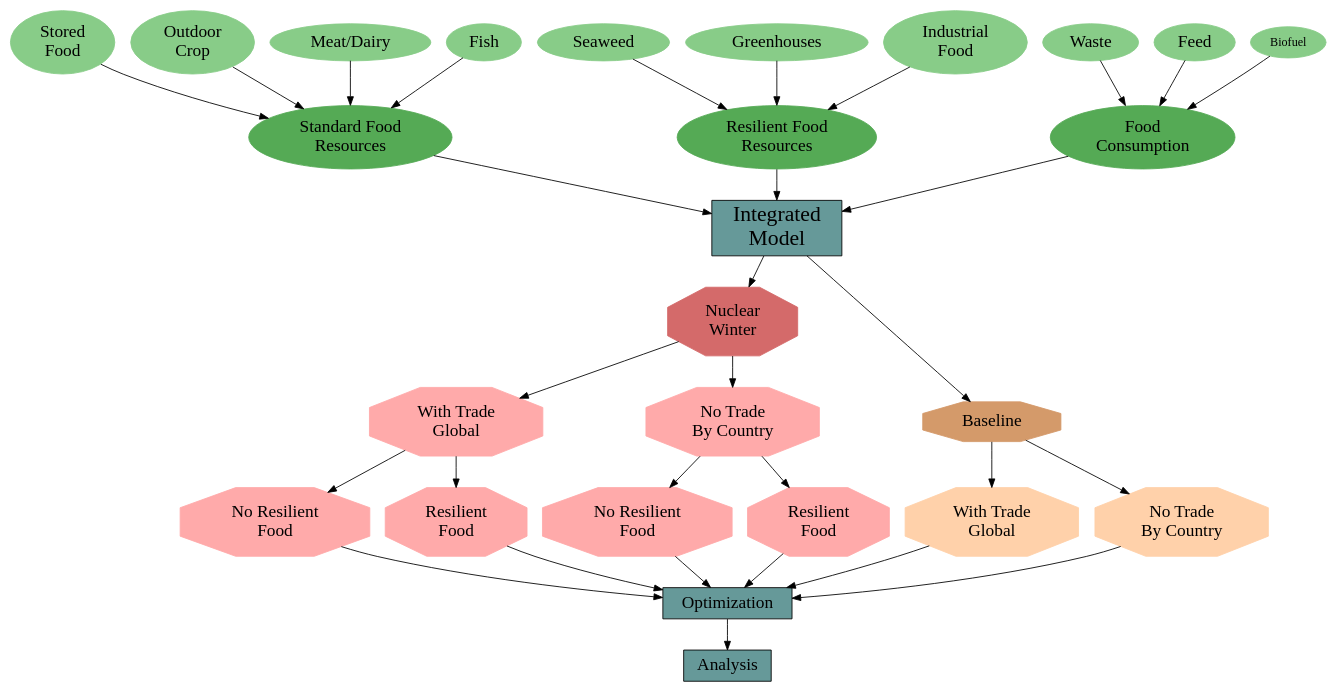
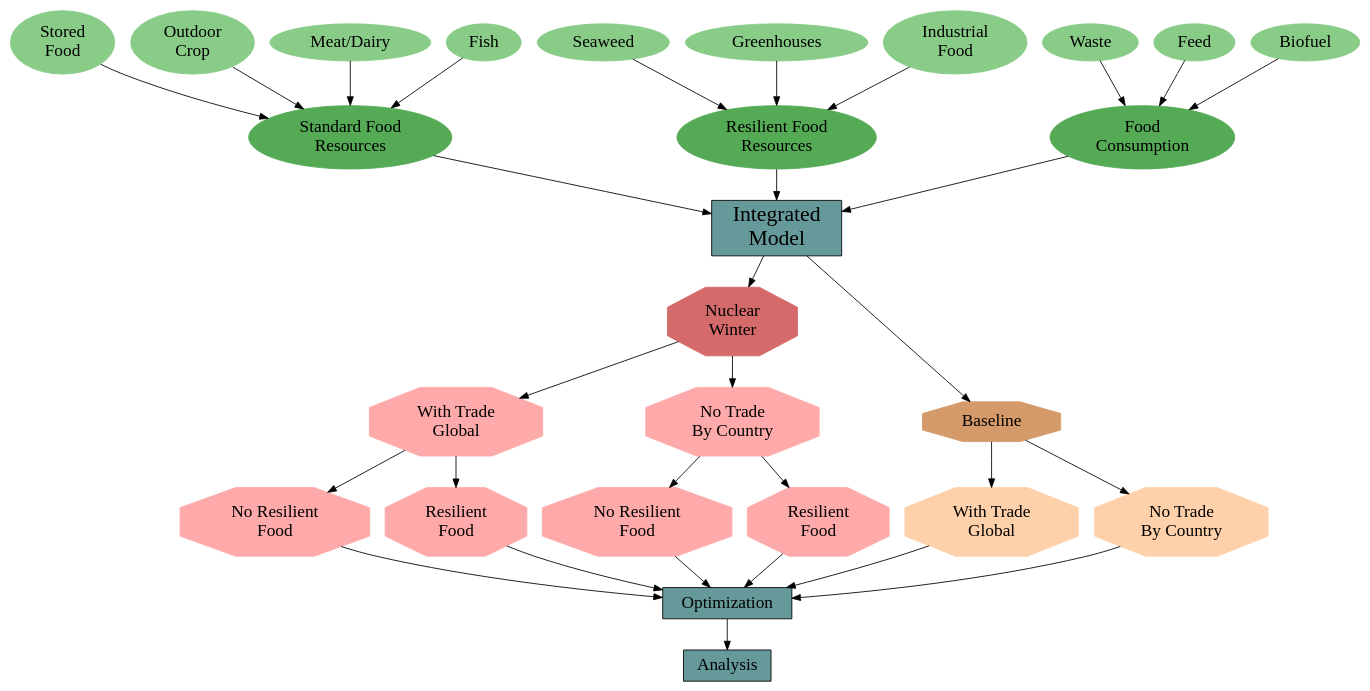
Before and after one commit to allfed/allfed-integrated-model: the diagram in results/Figure_4/overview.dot, drawn with Graphviz. The commit also changed 5 other files, not shown here.

```diff
--- a/results/Figure_4/overview.dot
+++ b/results/Figure_4/overview.dot
@@ -1,84 +1,84 @@
 digraph ModelOverview{
     // Food Consumption during normal times
     norm_consumption [label="Food\nConsumption", fontsize=20, style="filled",color="#55AA55"];
     Waste[style="filled", color="#88CC88",fontsize=20]
     Waste -> norm_consumption;
     Feed[style="filled", color="#88CC88",fontsize=20]
     Feed -> norm_consumption;
-    Biofuel[style="filled", color="#88CC88"]
+    Biofuel[style="filled", color="#88CC88", fontsize=20]
     Biofuel -> norm_consumption;
 
     // Food Ressources during Standard Times
     std_resources [label="Standard Food\nResources", style="filled",fontsize=20,color="#55AA55"];
     stored_food [label="Stored\nFood",style="filled", fontsize=20,color="#88CC88"];
     outdoor_crop [label="Outdoor\nCrop",style="filled",fontsize=20, color="#88CC88"];
     meat [label="Meat/Dairy",style="filled", fontsize=20,color="#88CC88"];
     Fish [style="filled",fontsize=20, color="#88CC88"]
     stored_food -> std_resources;
     outdoor_crop -> std_resources;
     meat -> std_resources;
     Fish -> std_resources;
 
     // Resilient Foods
     res_resources [label="Resilient Food\nResources", style="filled",fontsize=20,color="#55AA55"];
     Seaweed[style="filled",fontsize=20, color="#88CC88"]
     Seaweed -> res_resources;
     Greenhouses[style="filled",fontsize=20, color="#88CC88"]
     Greenhouses -> res_resources;
     industrial_food [label="Industrial\nFood",style="filled",fontsize=20, color="#88CC88"];
     industrial_food -> res_resources;
 
     // Link foods to the model
     model [label="Integrated\nModel", fontsize=25,shape=box, style="filled", fillcolor="#669999"];
     norm_consumption -> model;
     std_resources -> model;
     res_resources -> model;
 
     // Create base scenarios
     nw [label="Nuclear\nWinter", shape=octagon, color="#D46A6A",fontsize=20, style="filled"];
     Baseline [label="Baseline", shape=octagon, color="#D49A6A",fontsize=20, style="filled"];
     model -> Baseline;
     model -> nw;
 
     // Create 150 tg scenarios
     nw_trade [label="With Trade\nGlobal", shape=octagon, color="#FFAAAA", fontsize=20,style="filled"];
     nw_no_trade [label="No Trade\nBy Country", shape=octagon, color="#FFAAAA",fontsize=20, style="filled"];
     nw -> nw_trade;
     nw -> nw_no_trade;
 
     nw_trade_no_res_food [label="No Resilient\nFood", shape=octagon,fontsize=20, color="#FFAAAA", style="filled"];
     nw_trade_res_food [label="Resilient\nFood", shape=octagon, fontsize=20,color="#FFAAAA", style="filled"];
     nw_no_trade_no_res_food [label="No Resilient\nFood",fontsize=20, shape=octagon, color="#FFAAAA", style="filled"];
     nw_no_trade_res_food [label="Resilient\nFood", shape=octagon,fontsize=20, color="#FFAAAA", style="filled"];
     nw_trade -> nw_trade_no_res_food;
     nw_trade -> nw_trade_res_food;
     nw_no_trade -> nw_no_trade_no_res_food;
     nw_no_trade -> nw_no_trade_res_food;
 
 
     // Create baseline scenarios
     Baseline_trade [label="With Trade\nGlobal", fontsize=20,shape=octagon, color="#FFD1AA", style="filled"];
     Baseline_no_trade [label="No Trade\nBy Country",fontsize=20, shape=octagon, color="#FFD1AA", style="filled"];
     Baseline -> Baseline_trade;
     Baseline -> Baseline_no_trade;
 
 
     // Link to optomization and analysis
     opt [label="Optimization", shape=box, style="filled", fontsize=20,fillcolor="#669999"];
     Baseline_trade -> opt;
     Baseline_no_trade -> opt;
     nw_trade_no_res_food -> opt;
     nw_trade_res_food -> opt;
     nw_no_trade_no_res_food -> opt;
     nw_no_trade_res_food -> opt;
 
     // Link to analysis
     analysis [label="Analysis", shape=box, style="filled",fontsize=20, fillcolor="#669999"];
     opt -> analysis;
 
 
 
 
 
 
 }
```
